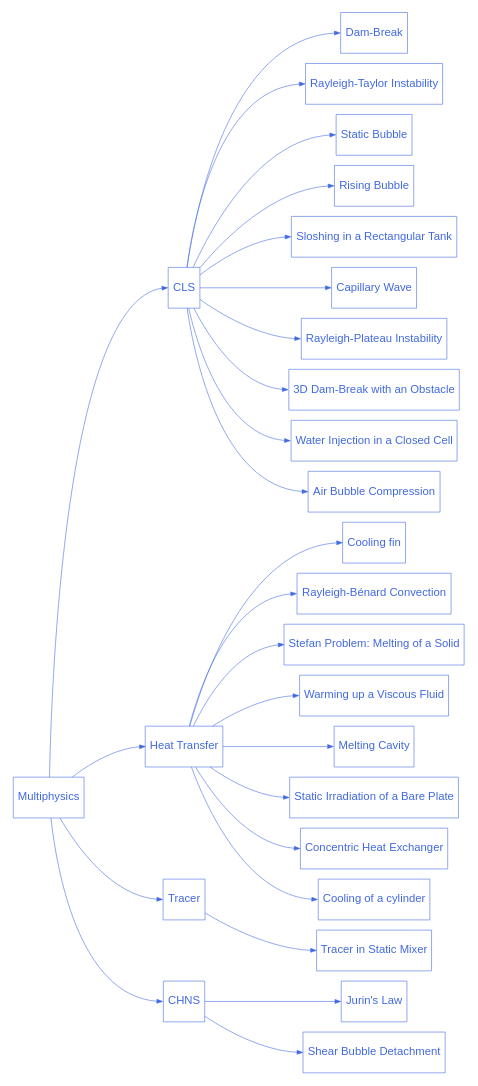
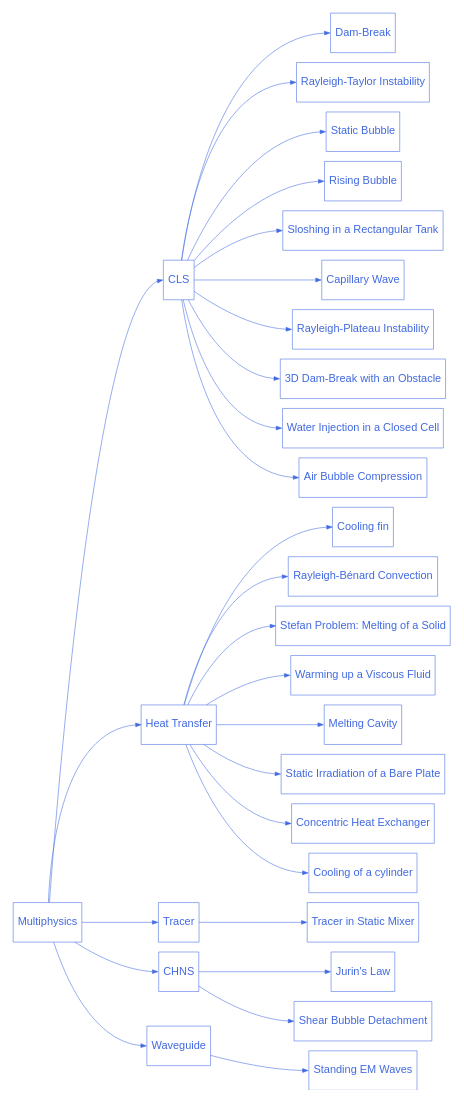
One commit to chaos-polymtl/lethe changed the diagram in doc/source/examples/multiphysics/multiphysics.rst. Above: the diagram before and after it, drawn with Graphviz. The commit also changed 1 other file, not shown here.

Commit message:
WIP: Add MW exemple to the documentation

```diff
--- a/doc/source/examples/multiphysics/multiphysics.rst
+++ b/doc/source/examples/multiphysics/multiphysics.rst
@@ -74,11 +74,17 @@
 
       multiphysics_4_2 [label="Shear Bubble Detachment", href="https://chaos-polymtl.github.io/lethe/documentation/examples/multiphysics/bubble-detachment-shear-flow/bubble-detachment-shear-flow.html"];
 
+      multiphysics_5 [label="Waveguide", href="https://chaos-polymtl.github.io/lethe/documentation/examples/multiphysics/waveguide.html"];
+
+      multiphysics_5_1 [label="Standing EM Waves", href="https://chaos-polymtl.github.io/lethe/documentation/examples/multiphysics/standing-EM-waves/standing-EM-waves.html"];
+
 
       multiphysics -> multiphysics_1:w;
       multiphysics -> multiphysics_2:w;
       multiphysics -> multiphysics_3:w;
       multiphysics -> multiphysics_4:w;
+      multiphysics -> multiphysics_5:w;
+
 
       multiphysics_1 -> multiphysics_1_1:w;
       multiphysics_1 -> multiphysics_1_2:w;
@@ -104,4 +110,6 @@
 
       multiphysics_4 -> multiphysics_4_1:w;
       multiphysics_4 -> multiphysics_4_2:w;
+
+      multiphysics_5 -> multiphysics_5_1:w;
     }
```
